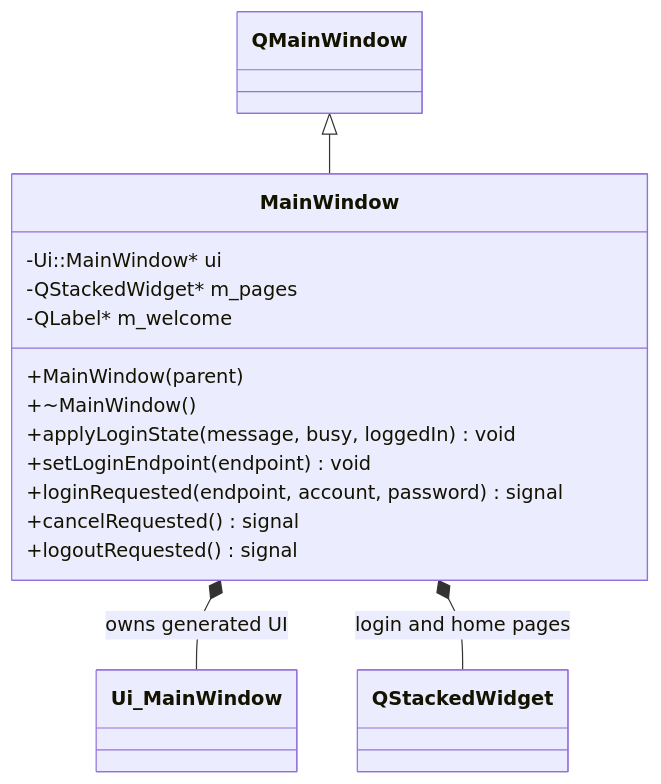
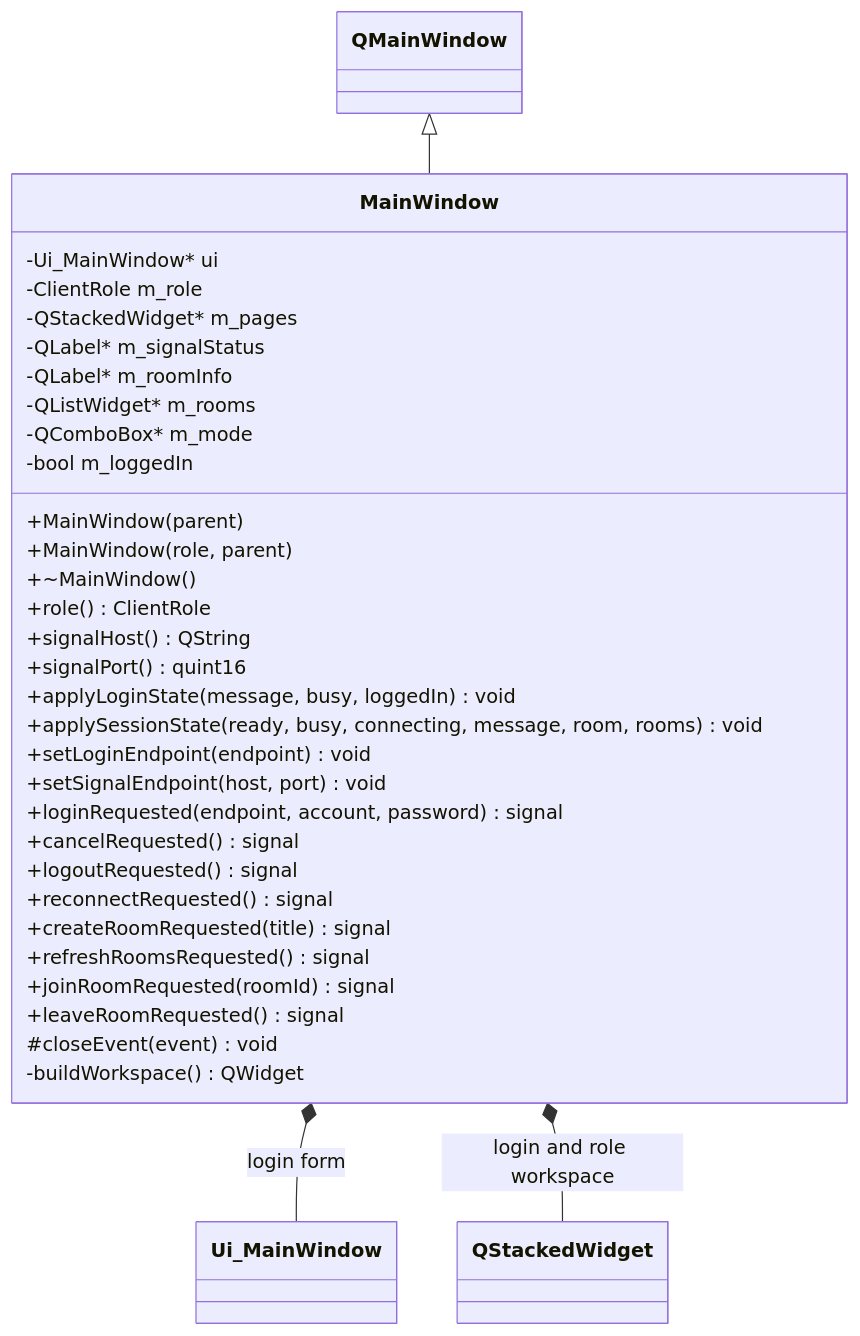
Before and after one commit to kingsman-svg/OBS: the diagram in docs/uml/MainWindow.mmd, drawn with Mermaid. The commit also changed 81 other files, not shown here.

Commit message:
feat(client): add publisher and player MVC workspaces with room signaling

```diff
--- a/docs/uml/MainWindow.mmd
+++ b/docs/uml/MainWindow.mmd
@@ -1,16 +1,34 @@
 classDiagram
 class MainWindow {
-  -Ui::MainWindow* ui
+  -Ui_MainWindow* ui
+  -ClientRole m_role
   -QStackedWidget* m_pages
-  -QLabel* m_welcome
+  -QLabel* m_signalStatus
+  -QLabel* m_roomInfo
+  -QListWidget* m_rooms
+  -QComboBox* m_mode
+  -bool m_loggedIn
   +MainWindow(parent)
+  +MainWindow(role, parent)
   +~MainWindow()
+  +role() ClientRole
+  +signalHost() QString
+  +signalPort() quint16
   +applyLoginState(message, busy, loggedIn) void
+  +applySessionState(ready, busy, connecting, message, room, rooms) void
   +setLoginEndpoint(endpoint) void
+  +setSignalEndpoint(host, port) void
   +loginRequested(endpoint, account, password) signal
   +cancelRequested() signal
   +logoutRequested() signal
+  +reconnectRequested() signal
+  +createRoomRequested(title) signal
+  +refreshRoomsRequested() signal
+  +joinRoomRequested(roomId) signal
+  +leaveRoomRequested() signal
+  #closeEvent(event) void
+  -buildWorkspace() QWidget
 }
 QMainWindow <|-- MainWindow
-MainWindow *-- Ui_MainWindow : owns generated UI
-MainWindow *-- QStackedWidget : login and home pages
+MainWindow *-- Ui_MainWindow : login form
+MainWindow *-- QStackedWidget : login and role workspace
```
